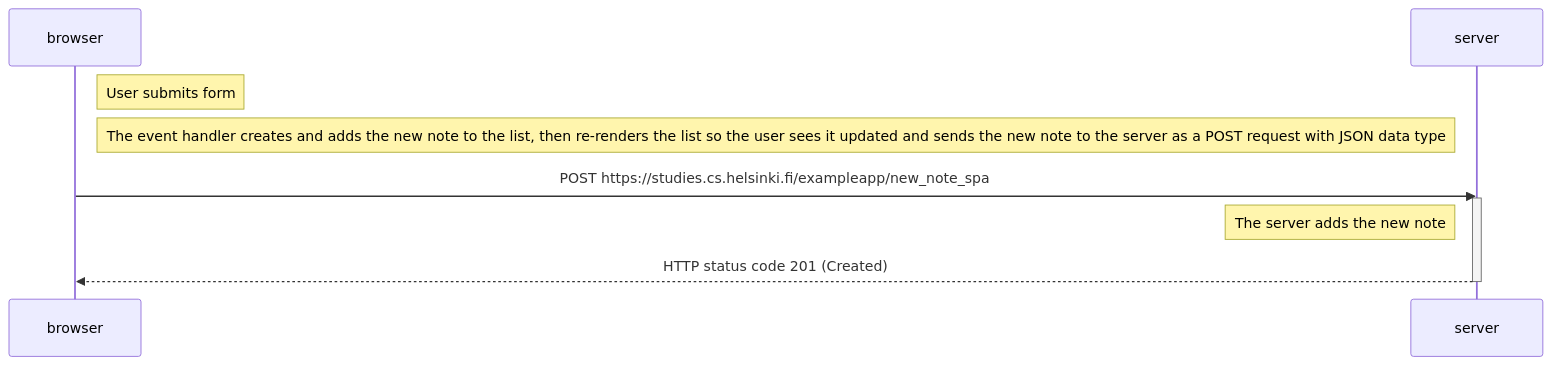
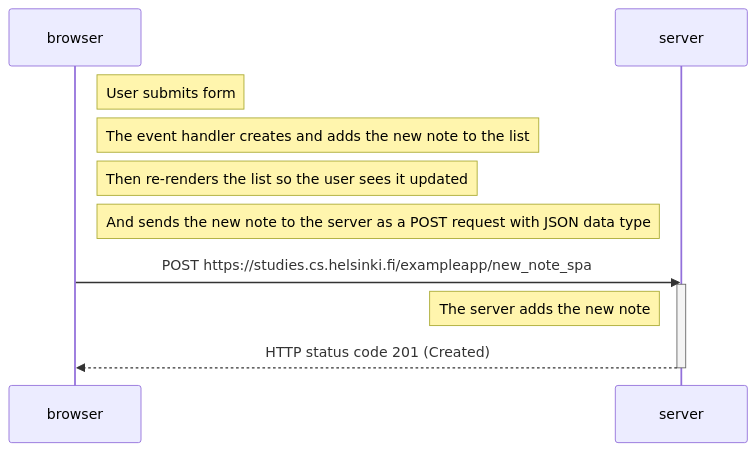
One commit to lalo-laf/fullstackopen changed the diagram in part0/0.6-new-note-in-single-page-app-diagram.md. Above: the diagram before and after it, drawn with Mermaid. The commit also changed other lines of this file, not shown here.

````diff
--- a/part0/0.6-new-note-in-single-page-app-diagram.md
+++ b/part0/0.6-new-note-in-single-page-app-diagram.md
@@ -3,17 +5,21 @@
 ```mermaid
 sequenceDiagram
     participant browser
     participant server
 
     Note right of browser: User submits form
 
-    Note right of browser: The event handler creates and adds the new note to the list, then re-renders the list so the user sees it updated and sends the new note to the server as a POST request with JSON data type
+    Note right of browser: The event handler creates and adds the new note to the list
+
+    Note right of browser: Then re-renders the list so the user sees it updated
+
+    Note right of browser: And sends the new note to the server as a POST request with JSON data type
 
     browser->>server: POST https://studies.cs.helsinki.fi/exampleapp/new_note_spa
     activate server
 
     Note left of server: The server adds the new note
 
     server-->>browser: HTTP status code 201 (Created)
     deactivate server
 ```
````
